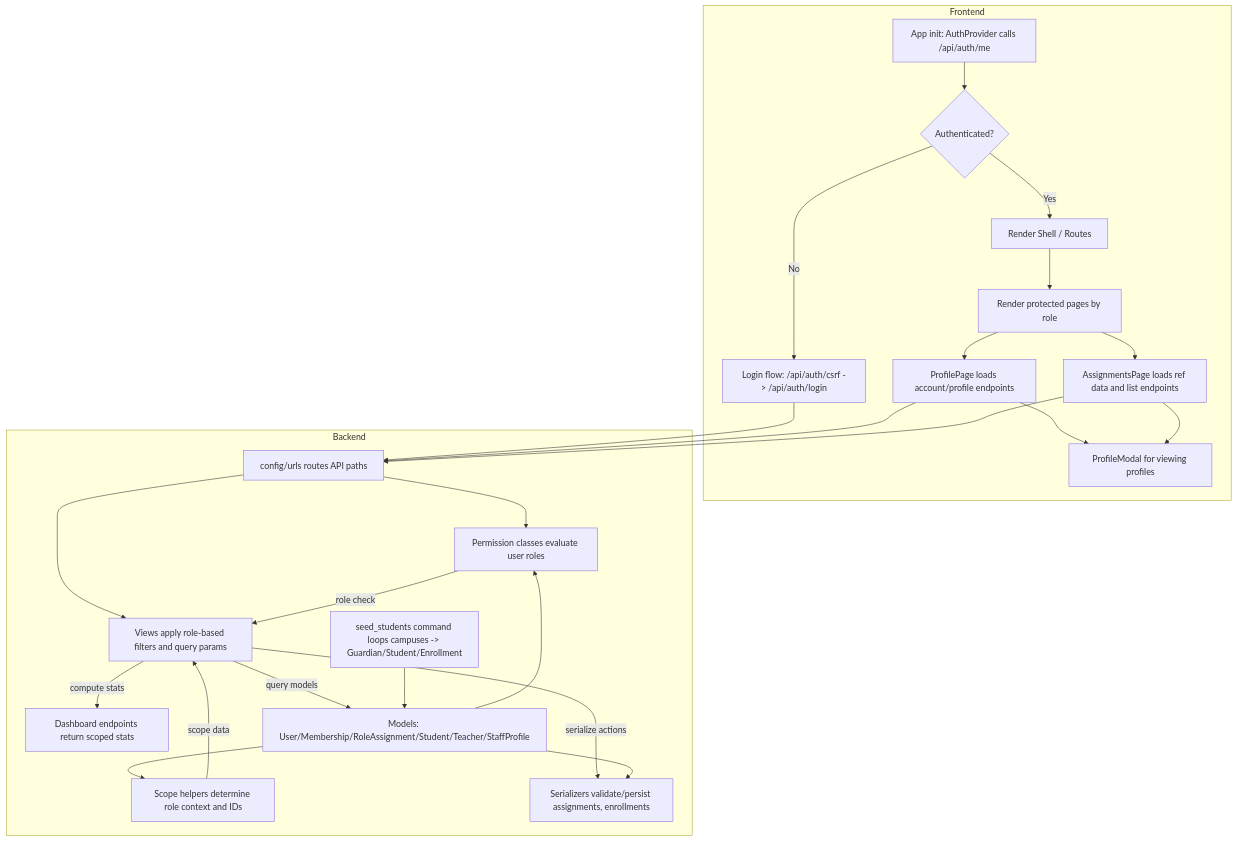
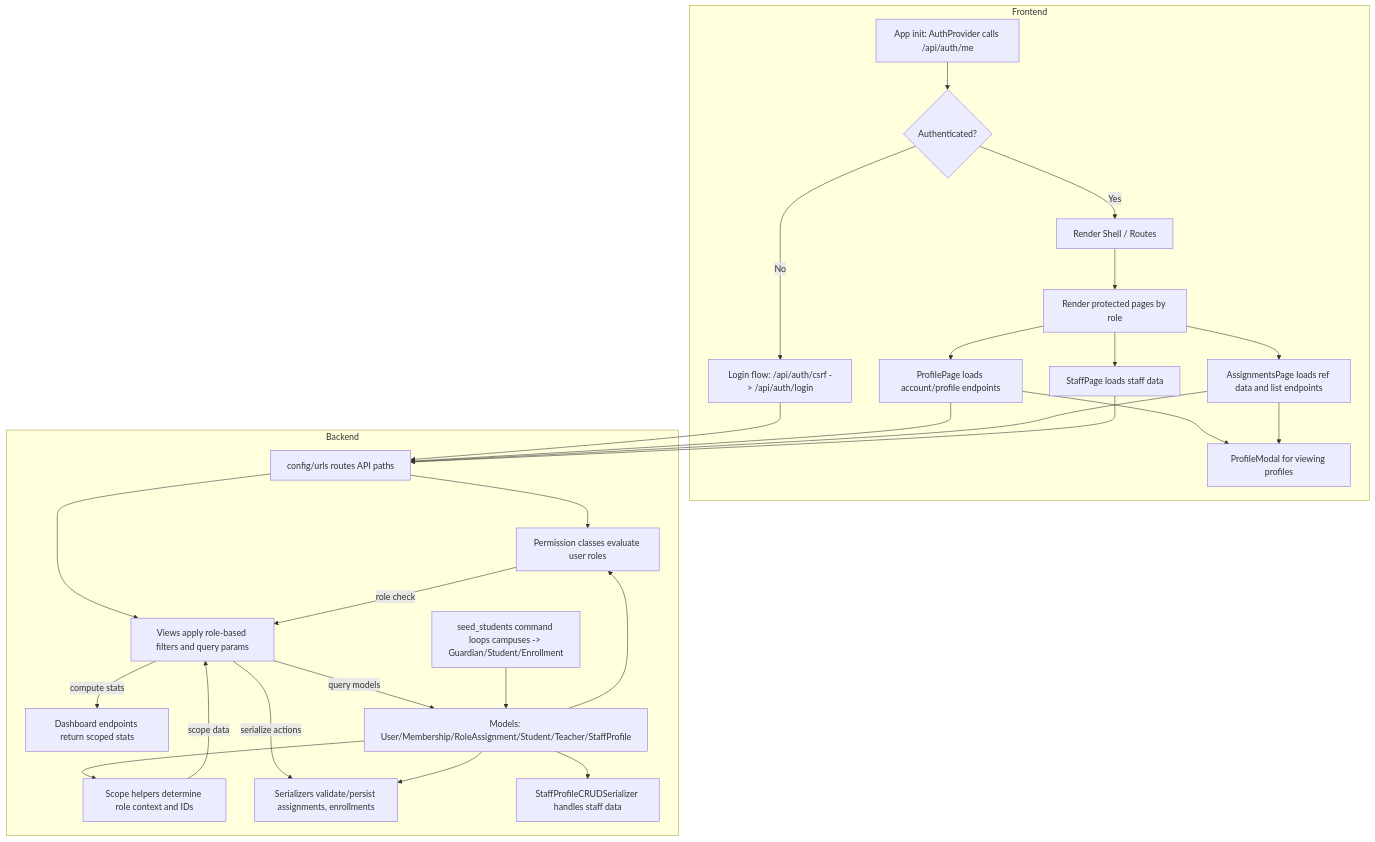
One commit to lordvalicious/perfect-foundation-sms changed the diagram in frontend/src/Untitled-1.mmd. Above: the diagram before and after it, drawn with Mermaid. The commit also changed 10 other files, not shown here.

```diff
--- a/frontend/src/Untitled-1.mmd
+++ b/frontend/src/Untitled-1.mmd
@@ -1,79 +1,84 @@
 ---
 references:
   - "File:
     /backend/apps/accounts/migrations/0003_staffprofile_photo_user_photo_and_mo\
     re.py"
   - "File: /backend/apps/accounts/models.py"
   - "File: /backend/apps/accounts/permissions.py"
   - "File: /backend/apps/accounts/scopes.py"
   - "File: /backend/apps/accounts/serializers.py"
   - "File: /backend/apps/attendance/views.py"
   - "File: /backend/apps/dashboard/views.py"
   - "File: /backend/apps/exams/views.py"
   - "File: /backend/apps/students/management/commands/seed_students.py"
   - "File: /backend/apps/students/migrations/0003_student_photo_student_user.py"
   - "File: /backend/apps/students/models.py"
   - "File: /backend/apps/students/serializers.py"
   - "File: /backend/apps/students/urls.py"
   - "File: /backend/apps/students/views.py"
   - "File:
     /backend/apps/teachers/migrations/0004_teacher_photo_teacher_user_teacheras\
     signment.py"
   - "File: /backend/apps/teachers/models.py"
   - "File: /backend/apps/teachers/serializers.py"
   - "File: /backend/apps/teachers/urls.py"
   - "File: /backend/apps/teachers/views.py"
   - "File: /backend/apps/timetable/views.py"
   - "File: /backend/config/settings/base.py"
   - "File: /backend/config/urls.py"
   - "File: /frontend/src/App.jsx"
   - "File: /frontend/src/auth.jsx"
   - "File: /frontend/src/pages/AssignmentsPage.jsx"
   - "File: /frontend/src/pages/ProfilePage.jsx"
-generationTime: 2026-08-11T20:25:15.678Z
+generationTime: 2026-08-11T20:36:55.656Z
 ---
 flowchart TD
     subgraph FE["Frontend"]
         A["App init: AuthProvider calls /api/auth/me"]
         B{"Authenticated?"}
         C["Render Shell / Routes"]
         D["Login flow: /api/auth/csrf -> /api/auth/login"]
         E["Render protected pages by role"]
         F["ProfilePage loads account/profile endpoints"]
         G["AssignmentsPage loads ref data and list endpoints"]
         P["ProfileModal for viewing profiles"]
+        Q["StaffPage loads staff data"]
     end
 
     subgraph BE["Backend"]
         H["config/urls routes API paths"]
         I["Permission classes evaluate user roles"]
         J["Scope helpers determine role context and IDs"]
         K["Views apply role-based filters and query params"]
         L["Dashboard endpoints return scoped stats"]
         M["Serializers validate/persist assignments, enrollments"]
         N["Models: User/Membership/RoleAssignment/Student/Teacher/StaffProfile"]
         O["seed_students command loops campuses -> Guardian/Student/Enrollment"]
+        R["StaffProfileCRUDSerializer handles staff data"]
     end
 
     A --> B
     B -->|Yes| C
     B -->|No| D
     C --> E
     D --> H
     E --> F
     E --> G
+    E --> Q
     F --> H
     G --> H
+    Q --> H
     H --> I
     H --> K
     I -->|role check| K
     J -->|scope data| K
     K -->|compute stats| L
     K -->|serialize actions| M
     K -->|query models| N
     N --> I
     N --> J
     N --> M
+    N --> R
     O --> N
     F --> P
     G --> P
```
